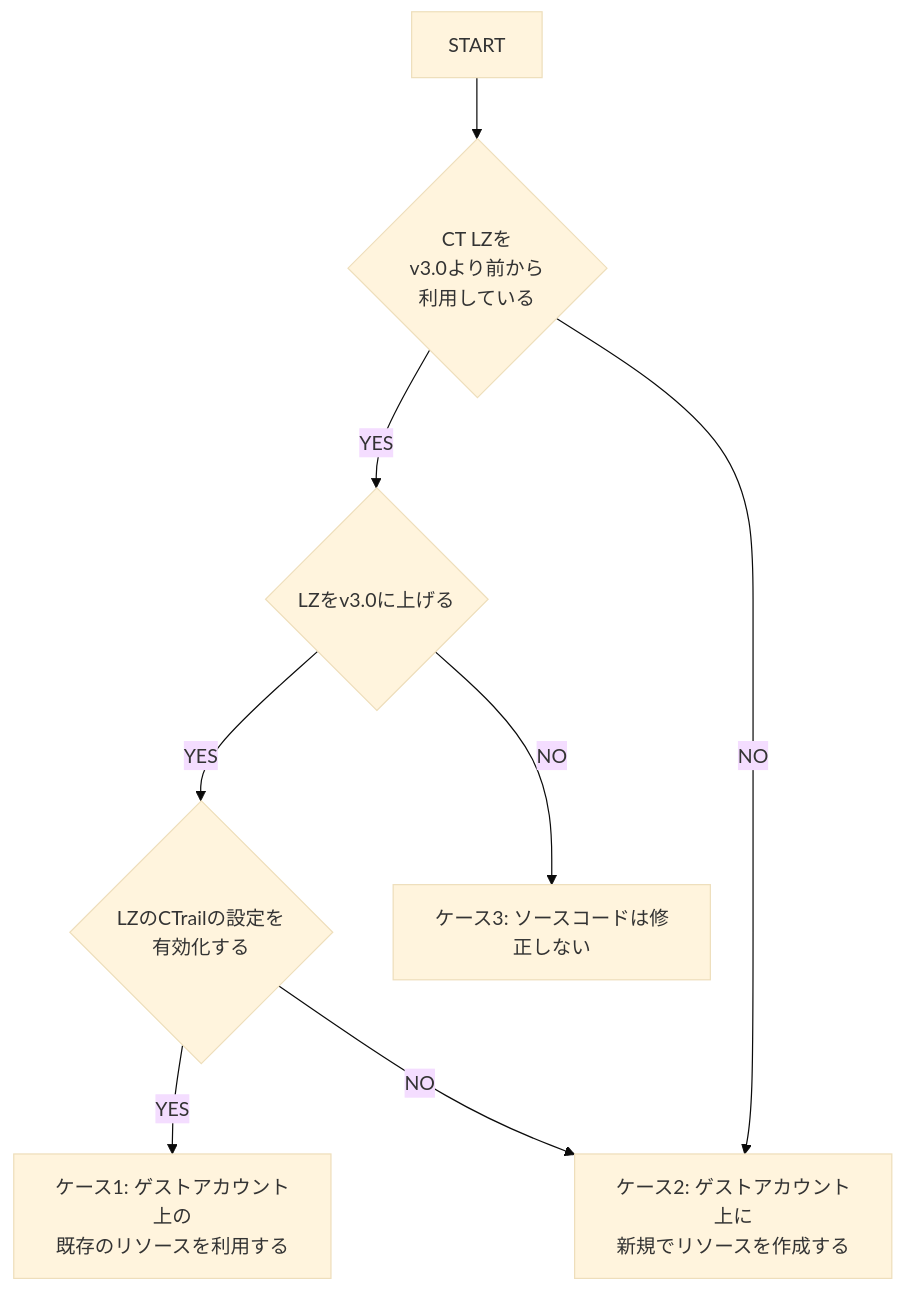
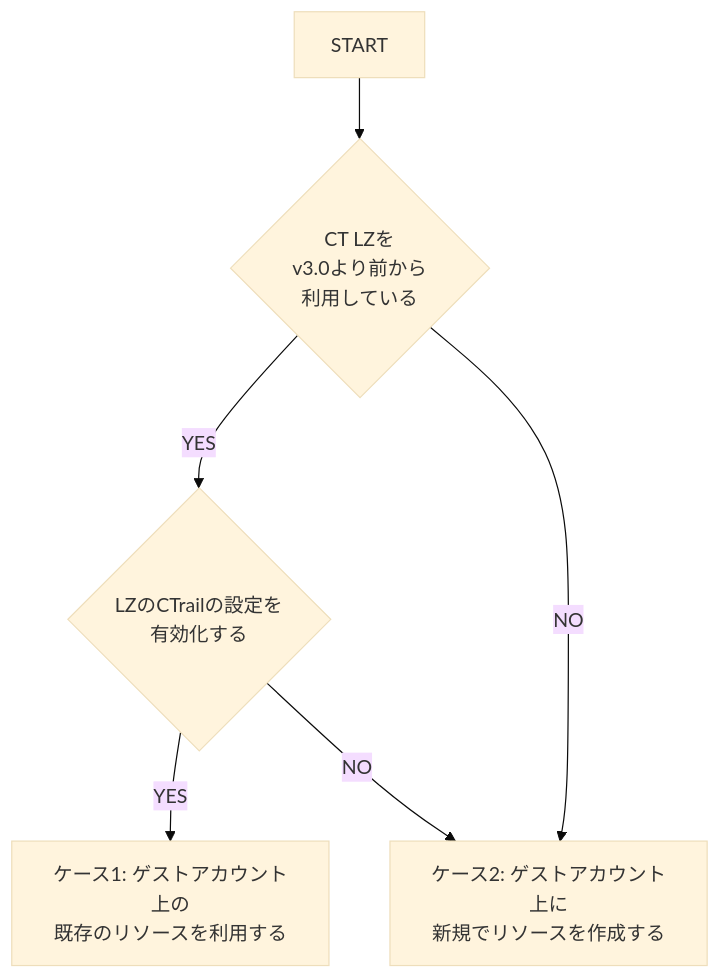
The diagram in usecases/base-ct-guest/README_ja.md (aws-samples/baseline-environment-on-aws), drawn with Mermaid (base theme) before and after one commit. The commit also changed other lines of this file, not shown here.

Commit message:
modify diagram

````diff
--- a/usecases/base-ct-guest/README_ja.md
+++ b/usecases/base-ct-guest/README_ja.md
@@ -31,10 +31,8 @@
 ```mermaid
 flowchart TD
 A[START] --> B{CT LZを<br>v3.0より前から<br>利用している}
-B -->|YES| C{LZをv3.0に上げる}
-C -->|YES| D{LZのCTrailの設定を<br>有効化する}
-C -->|NO| E[ケース3: ソースコードは修正しない]
+B -->|YES| D{LZのCTrailの設定を<br>有効化する}
 D -->|YES| F[ケース1: ゲストアカウント上の<br>既存のリソースを利用する]
 D -->|NO| G[ケース2: ゲストアカウント上に<br>新規でリソースを作成する]
 B -->|NO| G
 ```
````
